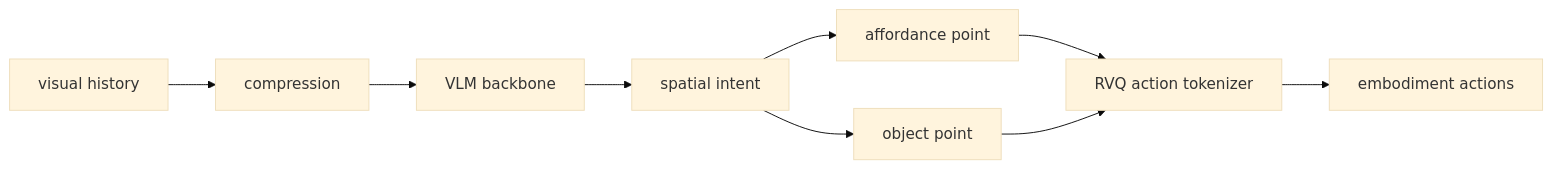
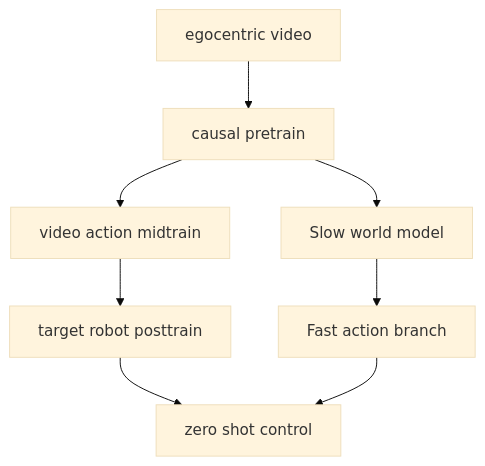
The fifth of 18 diagrams in digests/2026-09-02.md (Solvement/jarvis-digest), drawn with Mermaid (base theme) before and after one commit. The commit also changed other lines of this file and 4 other files, not shown here.

````diff
--- a/digests/2026-09-02.md
+++ b/digests/2026-09-02.md
@@ -141,11 +140,10 @@
 ```mermaid
-graph LR
-A[VLM backbone] --> B[spatial intent]
-B --> C[affordance point]
-B --> D[object point]
-C --> E[RVQ action tokenizer]
-D --> E
-E --> F[embodiment actions]
-G[visual history] --> H[compression]
-H --> A
+graph TD
+A[egocentric video] --> B[causal pretrain]
+B --> C[video action midtrain]
+C --> D[target robot posttrain]
+D --> E[zero shot control]
+B --> F[Slow world model]
+F --> G[Fast action branch]
+G --> E
 ```
````
